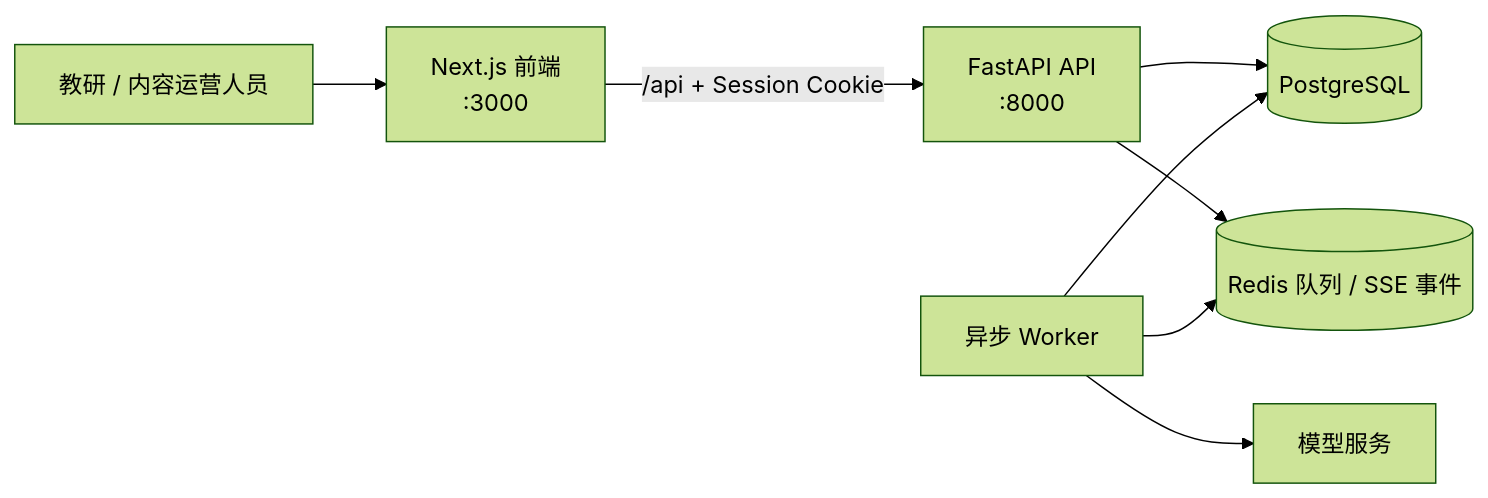
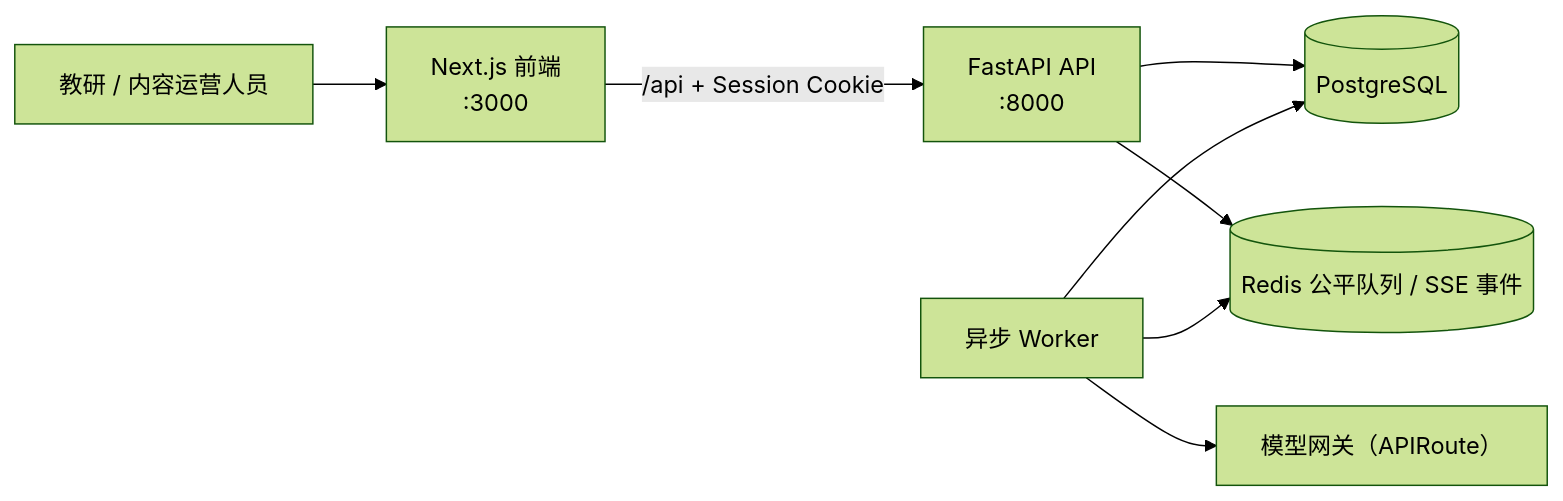
Before and after one commit to peteryipikachu-cpu/stem-system: the first of 2 diagrams in README.md, drawn with Mermaid (forest theme). The commit also changed other lines of this file, not shown here.

````diff
--- a/README.md
+++ b/README.md
@@ -22,10 +22,10 @@
 ```mermaid
 flowchart LR
   User["教研 / 内容运营人员"] --> Web["Next.js 前端\n:3000"]
   Web -->|"/api + Session Cookie"| API["FastAPI API\n:8000"]
   API --> DB[("PostgreSQL")]
-  API --> Queue[("Redis 队列 / SSE 事件")]
+  API --> Queue[("Redis 公平队列 / SSE 事件")]
   Worker["异步 Worker"] --> Queue
   Worker --> DB
-  Worker --> Models["模型服务"]
+  Worker --> Models["模型网关（APIRoute）"]
 ```
````
